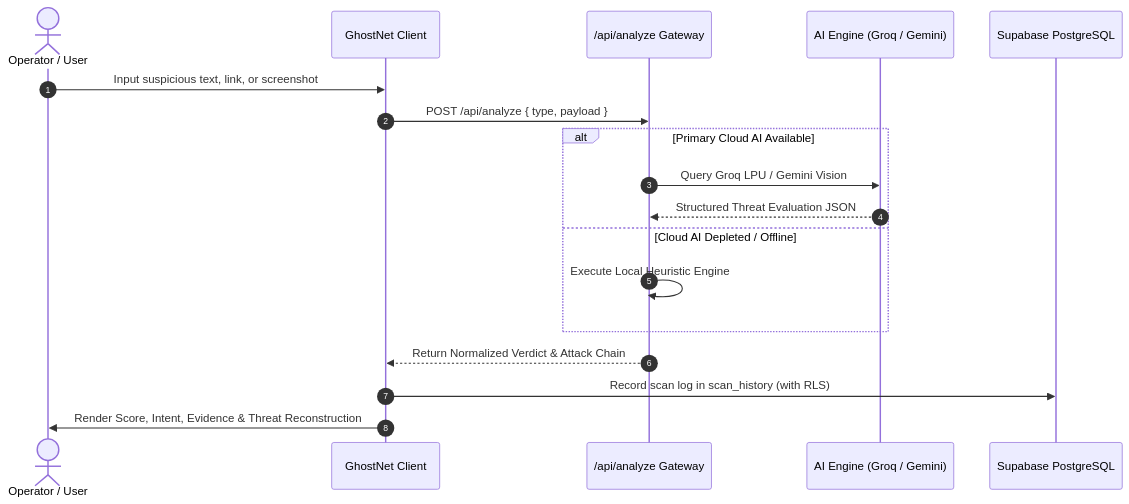
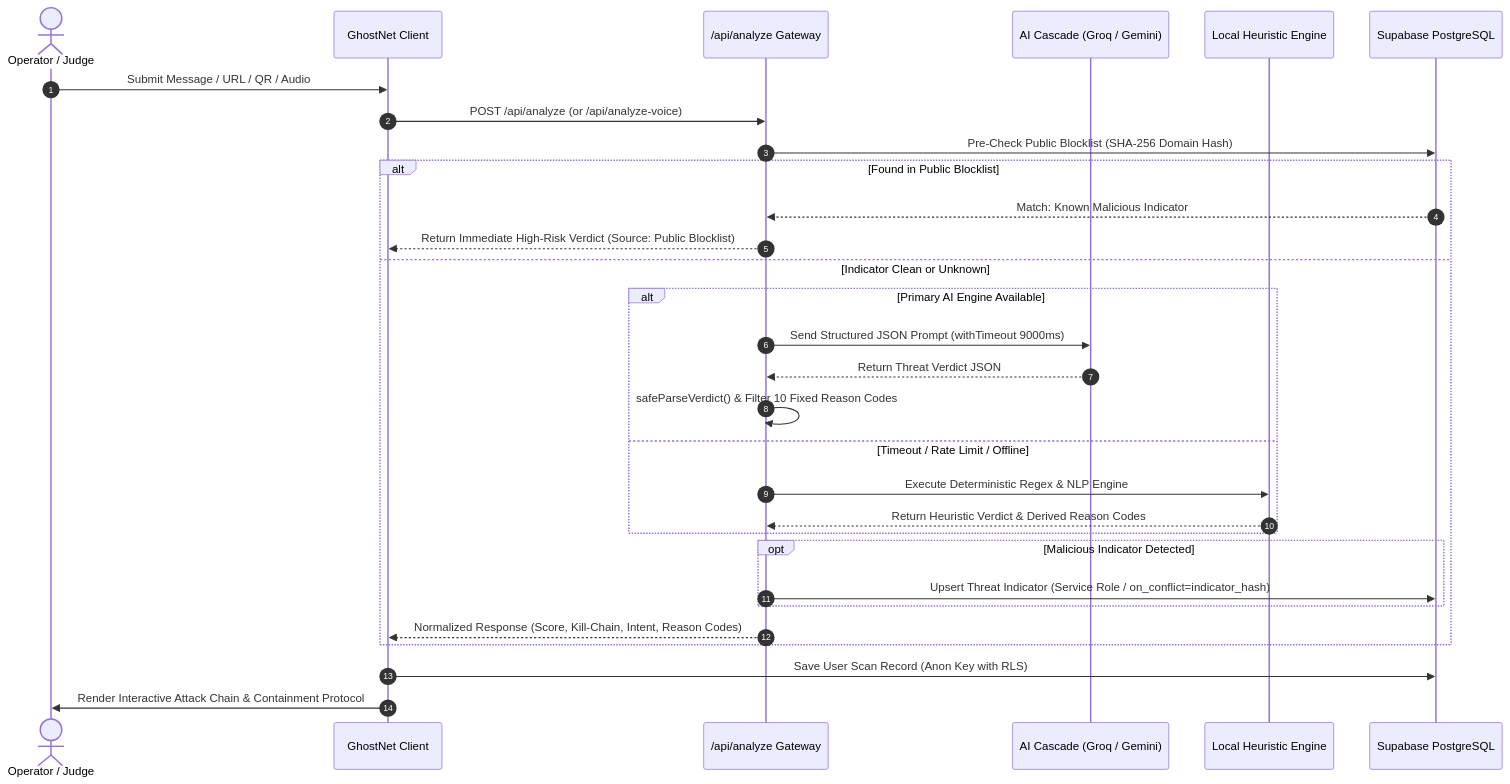
One commit to ImperialCoder01/GhostNet changed the second of 2 diagrams in docs/ARCHITECTURE.md. Above: the diagram before and after it, drawn with Mermaid. The commit also changed other lines of this file and 18 other files, not shown here.

Commit message:
docs: comprehensive synchronization of all 19 repository documents with updated architecture, 8 security features, and live production details

````diff
--- a/docs/ARCHITECTURE.md
+++ b/docs/ARCHITECTURE.md
@@ -80,23 +119,37 @@
 ```mermaid
 sequenceDiagram
     autonumber
-    actor User as Operator / User
-    participant Frontend as GhostNet Client
+    actor User as Operator / Judge
+    participant UI as GhostNet Client
     participant API as /api/analyze Gateway
-    participant AI as AI Engine (Groq / Gemini)
+    participant AI as AI Cascade (Groq / Gemini)
+    participant Heuristic as Local Heuristic Engine
     participant DB as Supabase PostgreSQL
 
-    User->>Frontend: Input suspicious text, link, or screenshot
-    Frontend->>API: POST /api/analyze { type, payload }
-    
-    alt Primary Cloud AI Available
-        API->>AI: Query Groq LPU / Gemini Vision
-        AI-->>API: Structured Threat Evaluation JSON
-    else Cloud AI Depleted / Offline
-        API->>API: Execute Local Heuristic Engine
+    User->>UI: Submit Message / URL / QR / Audio
+    UI->>API: POST /api/analyze (or /api/analyze-voice)
+
+    API->>DB: Pre-Check Public Blocklist (SHA-256 Domain Hash)
+    alt Found in Public Blocklist
+        DB-->>API: Match: Known Malicious Indicator
+        API-->>UI: Return Immediate High-Risk Verdict (Source: Public Blocklist)
+    else Indicator Clean or Unknown
+        alt Primary AI Engine Available
+            API->>AI: Send Structured JSON Prompt (withTimeout 9000ms)
+            AI-->>API: Return Threat Verdict JSON
+            API->>API: safeParseVerdict() & Filter 10 Fixed Reason Codes
+        else Timeout / Rate Limit / Offline
+            API->>Heuristic: Execute Deterministic Regex & NLP Engine
+            Heuristic-->>API: Return Heuristic Verdict & Derived Reason Codes
+        end
+
+        opt Malicious Indicator Detected
+            API->>DB: Upsert Threat Indicator (Service Role / on_conflict=indicator_hash)
+        end
+
+        API-->>UI: Normalized Response (Score, Kill-Chain, Intent, Reason Codes)
     end
 
-    API-->>Frontend: Return Normalized Verdict & Attack Chain
-    Frontend->>DB: Record scan log in scan_history (with RLS)
-    Frontend->>User: Render Score, Intent, Evidence & Threat Reconstruction
+    UI->>DB: Save User Scan Record (Anon Key with RLS)
+    UI->>User: Render Interactive Attack Chain & Containment Protocol
 ```
````
